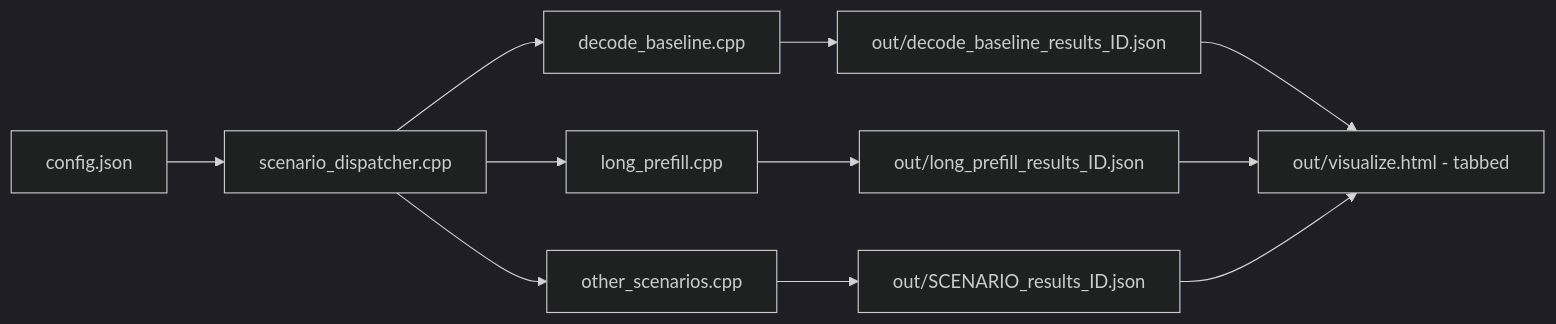
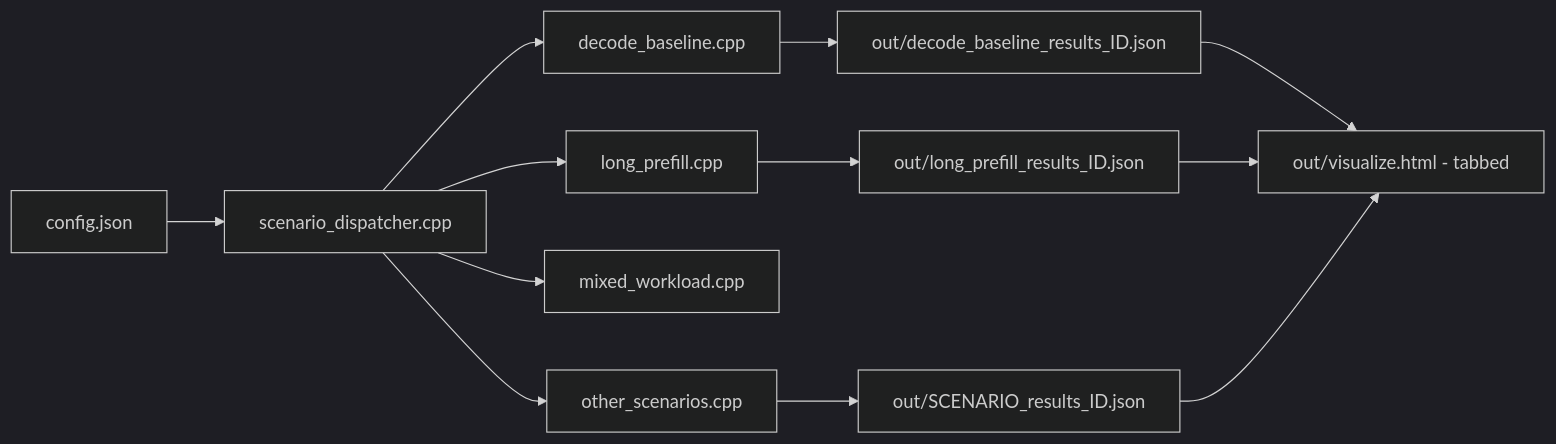
Before and after one commit to microsoft/onnxruntime-genai: the diagram in benchmark/engine/docs/benchmark-design.md, drawn with Mermaid (dark theme). The commit also changed other lines of this file and 6 other files, not shown here.

Commit message:
mixed workload

````diff
--- a/benchmark/engine/docs/benchmark-design.md
+++ b/benchmark/engine/docs/benchmark-design.md
@@ -7,16 +7,17 @@
 ```mermaid
 flowchart LR
     A[config.json] --> C[scenario_dispatcher.cpp]
 
     C --> D[decode_baseline.cpp]
     C --> E[long_prefill.cpp]
+    C --> F[mixed_workload.cpp]
     C --> G[other_scenarios.cpp]
 
     D --> H[out/decode_baseline_results_ID.json]
     E --> J[out/long_prefill_results_ID.json]
     G --> N[out/SCENARIO_results_ID.json]
 
     H --> V[out/visualize.html - tabbed]
     J --> V
     N --> V
 ```
````
